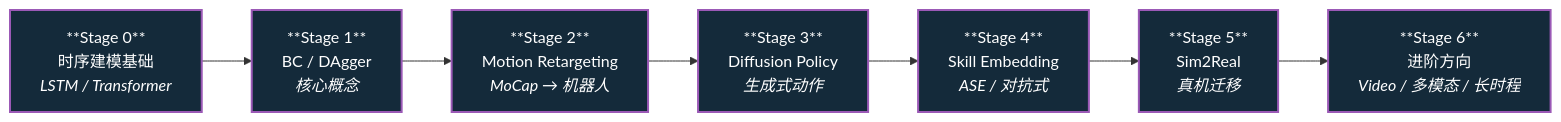
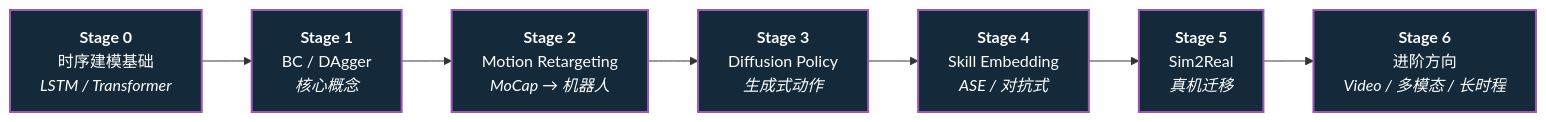
The diagram in roadmap/depth-imitation-learning.md (ImChong/Robotics_Notebooks), drawn with Mermaid before and after one commit. The commit also changed 27 other files, not shown here.

First line of the commit message:
fix(ux): 修复纵深路线一览 Mermaid 节点 ** 原样显示

````diff
--- a/roadmap/depth-imitation-learning.md
+++ b/roadmap/depth-imitation-learning.md
@@ -7,15 +7,15 @@
 ```mermaid
 flowchart LR
-  S0["**Stage 0**<br/>时序建模基础<br/><em>LSTM / Transformer</em>"]
-  S1["**Stage 1**<br/>BC / DAgger<br/><em>核心概念</em>"]
-  S2["**Stage 2**<br/>Motion Retargeting<br/><em>MoCap → 机器人</em>"]
-  S3["**Stage 3**<br/>Diffusion Policy<br/><em>生成式动作</em>"]
-  S4["**Stage 4**<br/>Skill Embedding<br/><em>ASE / 对抗式</em>"]
-  S5["**Stage 5**<br/>Sim2Real<br/><em>真机迁移</em>"]
-  S6["**Stage 6**<br/>进阶方向<br/><em>Video / 多模态 / 长时程</em>"]
+  S0["<b>Stage 0</b><br/>时序建模基础<br/><em>LSTM / Transformer</em>"]
+  S1["<b>Stage 1</b><br/>BC / DAgger<br/><em>核心概念</em>"]
+  S2["<b>Stage 2</b><br/>Motion Retargeting<br/><em>MoCap → 机器人</em>"]
+  S3["<b>Stage 3</b><br/>Diffusion Policy<br/><em>生成式动作</em>"]
+  S4["<b>Stage 4</b><br/>Skill Embedding<br/><em>ASE / 对抗式</em>"]
+  S5["<b>Stage 5</b><br/>Sim2Real<br/><em>真机迁移</em>"]
+  S6["<b>Stage 6</b><br/>进阶方向<br/><em>Video / 多模态 / 长时程</em>"]
 
   S0 --> S1 --> S2 --> S3 --> S4 --> S5 --> S6
 
   classDef stage fill:#142a3a,stroke:#9b59b6,stroke-width:2px,color:#fff
   class S0,S1,S2,S3,S4,S5,S6 stage
 ```
````
